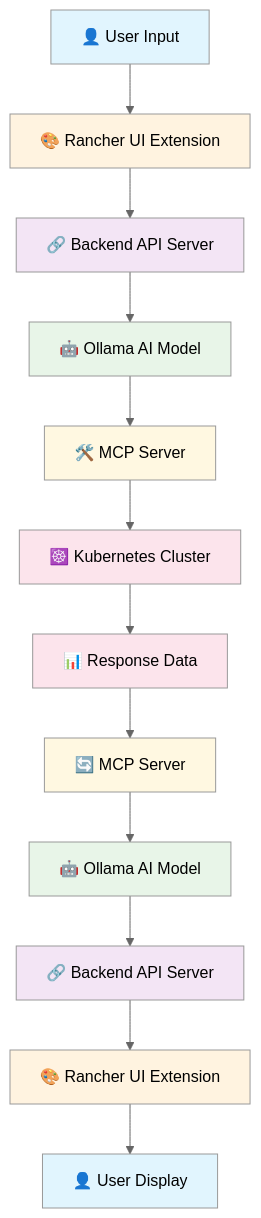
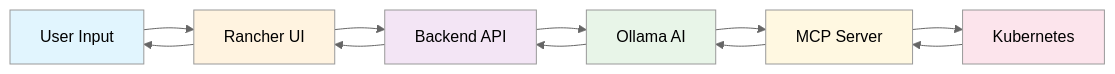
One commit to Thanhdeptr/K8s_AI_Assistant_MCP changed the diagram in README.md. Above: the diagram before and after it, drawn with Mermaid (neutral theme). The commit also changed other lines of this file, not shown here.

Commit message:
Simplify and formalize System Workflow section: cleaner architecture diagram, concise component table, streamlined request flow

````diff
--- a/README.md
+++ b/README.md
@@ -31,27 +33,20 @@
 ```mermaid
-graph TD
-    A[👤 User Input] --> B[🎨 Rancher UI Extension]
-    B --> C[🔗 Backend API Server]
-    C --> D[🤖 Ollama AI Model]
-    D --> E[🛠️ MCP Server]
-    E --> F[☸️ Kubernetes Cluster]
-    F --> G[📊 Response Data]
-    G --> H[🔄 MCP Server]
-    H --> I[🤖 Ollama AI Model]
-    I --> J[🔗 Backend API Server]
-    J --> K[🎨 Rancher UI Extension]
-    K --> L[👤 User Display]
+graph LR
+    A[User Input] --> B[Rancher UI]
+    B --> C[Backend API]
+    C --> D[Ollama AI]
+    D --> E[MCP Server]
+    E --> F[Kubernetes]
+    F --> E
+    E --> D
+    D --> C
+    C --> B
+    B --> A
     
     style A fill:#e1f5fe
-    style L fill:#e1f5fe
     style B fill:#fff3e0
-    style K fill:#fff3e0
     style C fill:#f3e5f5
-    style J fill:#f3e5f5
     style D fill:#e8f5e8
-    style I fill:#e8f5e8
     style E fill:#fff8e1
-    style H fill:#fff8e1
     style F fill:#fce4ec
-    style G fill:#fce4ec
 ```
````
